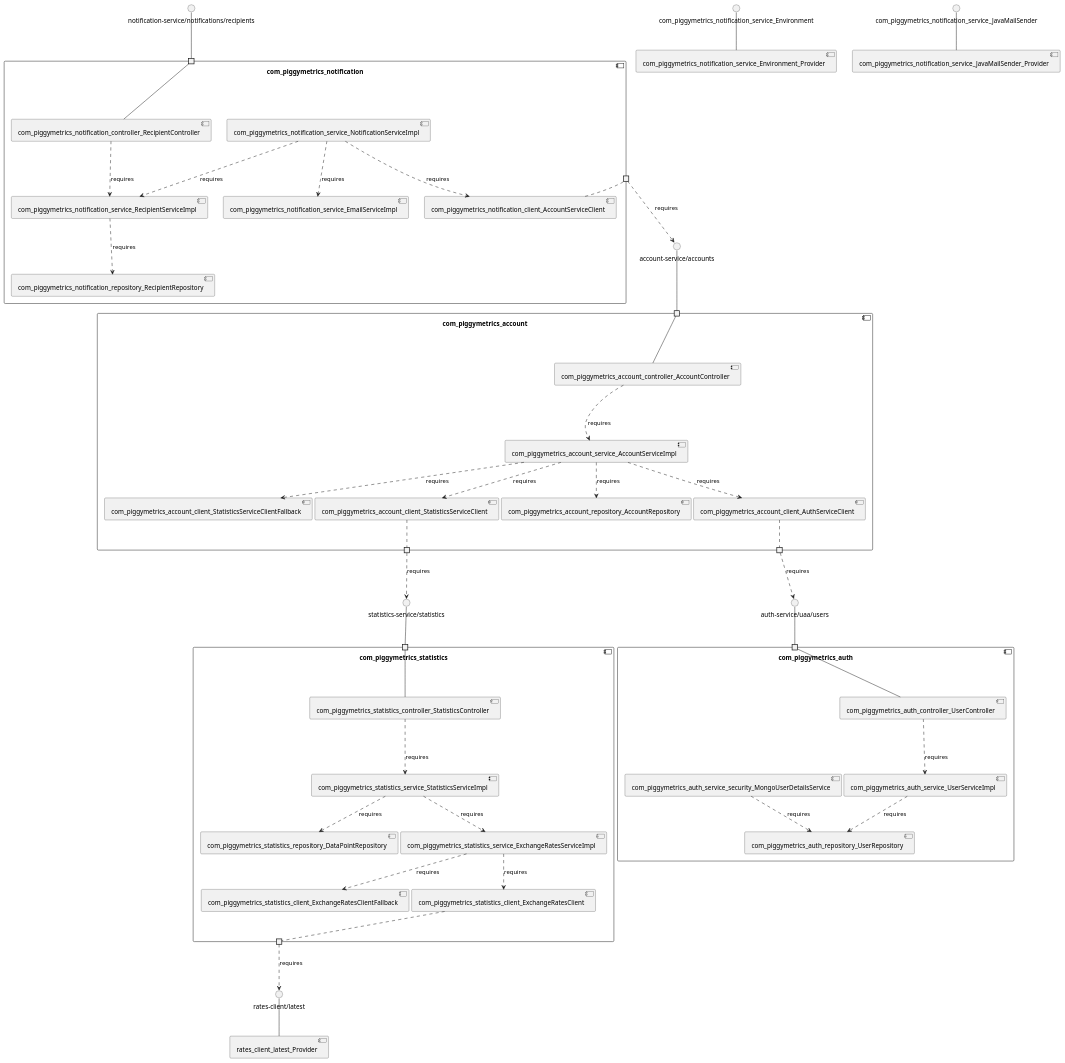
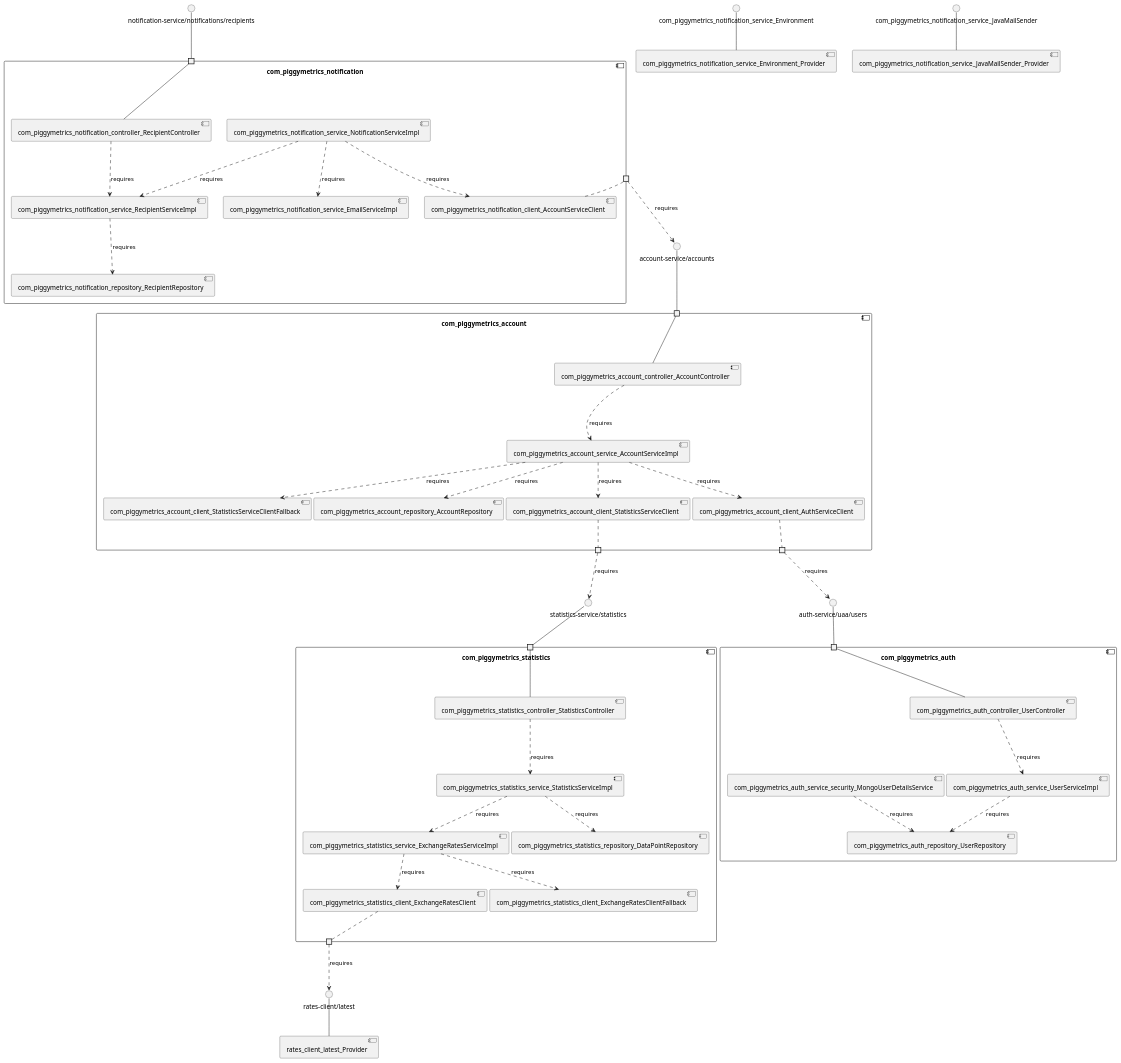
The diagram in sqshq-piggymetrics/model_re/uml/componentDiagram.puml (MSt-10/Palladio-ReverseEngineering-Benchmark), drawn with PlantUML before and after one commit. The commit also changed other lines of this file and 279 other files, not shown here.

```diff
--- a/sqshq-piggymetrics/model_re/uml/componentDiagram.puml
+++ b/sqshq-piggymetrics/model_re/uml/componentDiagram.puml
@@ -1,91 +1,91 @@
 @startuml
 skinparam fixCircleLabelOverlapping true
 skinparam componentStyle uml2
 component "com_piggymetrics_account\n\n\n\n\n\n" {
+[com_piggymetrics_account_controller_AccountController]
+[com_piggymetrics_account_service_AccountServiceImpl]
+[com_piggymetrics_account_client_StatisticsServiceClient]
 [com_piggymetrics_account_client_AuthServiceClient]
+[com_piggymetrics_account_client_StatisticsServiceClientFallback]
 [com_piggymetrics_account_repository_AccountRepository]
-[com_piggymetrics_account_client_StatisticsServiceClient]
-[com_piggymetrics_account_controller_AccountController]
-[com_piggymetrics_account_client_StatisticsServiceClientFallback]
-[com_piggymetrics_account_service_AccountServiceImpl]
 portin " " as com_piggymetrics_account_requires_account_service_accounts
 portout " " as com_piggymetrics_account_provides_statistics_service_statistics
 portout " " as com_piggymetrics_account_provides_auth_service_uaa_users
+[com_piggymetrics_account_controller_AccountController]..>[com_piggymetrics_account_service_AccountServiceImpl] : requires
 [com_piggymetrics_account_service_AccountServiceImpl]..>[com_piggymetrics_account_repository_AccountRepository] : requires
+[com_piggymetrics_account_service_AccountServiceImpl]..>[com_piggymetrics_account_client_StatisticsServiceClient] : requires
+[com_piggymetrics_account_service_AccountServiceImpl]..>[com_piggymetrics_account_client_AuthServiceClient] : requires
 [com_piggymetrics_account_service_AccountServiceImpl]..>[com_piggymetrics_account_client_StatisticsServiceClientFallback] : requires
-[com_piggymetrics_account_service_AccountServiceImpl]..>[com_piggymetrics_account_client_AuthServiceClient] : requires
-[com_piggymetrics_account_service_AccountServiceImpl]..>[com_piggymetrics_account_client_StatisticsServiceClient] : requires
-[com_piggymetrics_account_controller_AccountController]..>[com_piggymetrics_account_service_AccountServiceImpl] : requires
 "com_piggymetrics_account_requires_account_service_accounts"--[com_piggymetrics_account_controller_AccountController]
 [com_piggymetrics_account_client_AuthServiceClient].."com_piggymetrics_account_provides_auth_service_uaa_users"
 [com_piggymetrics_account_client_StatisticsServiceClient].."com_piggymetrics_account_provides_statistics_service_statistics"
 }
 interface "account-service/accounts" as interface.account_service_accounts
 interface.account_service_accounts--"com_piggymetrics_account_requires_account_service_accounts"
 interface "auth-service/uaa/users" as interface.auth_service_uaa_users
 "com_piggymetrics_account_provides_auth_service_uaa_users"..>interface.auth_service_uaa_users : requires
 interface "statistics-service/statistics" as interface.statistics_service_statistics
 "com_piggymetrics_account_provides_statistics_service_statistics"..>interface.statistics_service_statistics : requires
 component "com_piggymetrics_auth\n\n\n\n\n\n" {
+[com_piggymetrics_auth_repository_UserRepository]
+[com_piggymetrics_auth_controller_UserController]
 [com_piggymetrics_auth_service_security_MongoUserDetailsService]
-[com_piggymetrics_auth_controller_UserController]
-[com_piggymetrics_auth_repository_UserRepository]
 [com_piggymetrics_auth_service_UserServiceImpl]
 portin " " as com_piggymetrics_auth_requires_auth_service_uaa_users
-[com_piggymetrics_auth_controller_UserController]..>[com_piggymetrics_auth_service_UserServiceImpl] : requires
 [com_piggymetrics_auth_service_security_MongoUserDetailsService]..>[com_piggymetrics_auth_repository_UserRepository] : requires
 [com_piggymetrics_auth_service_UserServiceImpl]..>[com_piggymetrics_auth_repository_UserRepository] : requires
+[com_piggymetrics_auth_controller_UserController]..>[com_piggymetrics_auth_service_UserServiceImpl] : requires
 "com_piggymetrics_auth_requires_auth_service_uaa_users"--[com_piggymetrics_auth_controller_UserController]
 }
 interface "auth-service/uaa/users" as interface.auth_service_uaa_users
 interface.auth_service_uaa_users--"com_piggymetrics_auth_requires_auth_service_uaa_users"
 component "com_piggymetrics_notification\n\n\n\n\n\n" {
+[com_piggymetrics_notification_service_EmailServiceImpl]
 [com_piggymetrics_notification_controller_RecipientController]
 [com_piggymetrics_notification_client_AccountServiceClient]
 [com_piggymetrics_notification_repository_RecipientRepository]
-[com_piggymetrics_notification_service_EmailServiceImpl]
 [com_piggymetrics_notification_service_RecipientServiceImpl]
 [com_piggymetrics_notification_service_NotificationServiceImpl]
 portin " " as com_piggymetrics_notification_requires_notification_service_notifications_recipients
 portout " " as com_piggymetrics_notification_provides_account_service_accounts
+[com_piggymetrics_notification_service_RecipientServiceImpl]..>[com_piggymetrics_notification_repository_RecipientRepository] : requires
+[com_piggymetrics_notification_controller_RecipientController]..>[com_piggymetrics_notification_service_RecipientServiceImpl] : requires
+[com_piggymetrics_notification_service_NotificationServiceImpl]..>[com_piggymetrics_notification_service_EmailServiceImpl] : requires
+[com_piggymetrics_notification_service_NotificationServiceImpl]..>[com_piggymetrics_notification_client_AccountServiceClient] : requires
 [com_piggymetrics_notification_service_NotificationServiceImpl]..>[com_piggymetrics_notification_service_RecipientServiceImpl] : requires
-[com_piggymetrics_notification_service_RecipientServiceImpl]..>[com_piggymetrics_notification_repository_RecipientRepository] : requires
-[com_piggymetrics_notification_service_NotificationServiceImpl]..>[com_piggymetrics_notification_service_EmailServiceImpl] : requires
-[com_piggymetrics_notification_controller_RecipientController]..>[com_piggymetrics_notification_service_RecipientServiceImpl] : requires
-[com_piggymetrics_notification_service_NotificationServiceImpl]..>[com_piggymetrics_notification_client_AccountServiceClient] : requires
 "com_piggymetrics_notification_requires_notification_service_notifications_recipients"--[com_piggymetrics_notification_controller_RecipientController]
 [com_piggymetrics_notification_client_AccountServiceClient].."com_piggymetrics_notification_provides_account_service_accounts"
 }
 interface "notification-service/notifications/recipients" as interface.notification_service_notifications_recipients
 interface.notification_service_notifications_recipients--"com_piggymetrics_notification_requires_notification_service_notifications_recipients"
 interface "account-service/accounts" as interface.account_service_accounts
 "com_piggymetrics_notification_provides_account_service_accounts"..>interface.account_service_accounts : requires
 component "com_piggymetrics_statistics\n\n\n\n\n\n" {
+[com_piggymetrics_statistics_controller_StatisticsController]
+[com_piggymetrics_statistics_client_ExchangeRatesClient]
 [com_piggymetrics_statistics_service_StatisticsServiceImpl]
-[com_piggymetrics_statistics_client_ExchangeRatesClient]
+[com_piggymetrics_statistics_client_ExchangeRatesClientFallback]
 [com_piggymetrics_statistics_service_ExchangeRatesServiceImpl]
 [com_piggymetrics_statistics_repository_DataPointRepository]
-[com_piggymetrics_statistics_client_ExchangeRatesClientFallback]
-[com_piggymetrics_statistics_controller_StatisticsController]
 portin " " as com_piggymetrics_statistics_requires_statistics_service_statistics
 portout " " as com_piggymetrics_statistics_provides_rates_client_latest
 [com_piggymetrics_statistics_service_ExchangeRatesServiceImpl]..>[com_piggymetrics_statistics_client_ExchangeRatesClient] : requires
 [com_piggymetrics_statistics_service_StatisticsServiceImpl]..>[com_piggymetrics_statistics_service_ExchangeRatesServiceImpl] : requires
+[com_piggymetrics_statistics_service_ExchangeRatesServiceImpl]..>[com_piggymetrics_statistics_client_ExchangeRatesClientFallback] : requires
+[com_piggymetrics_statistics_service_StatisticsServiceImpl]..>[com_piggymetrics_statistics_repository_DataPointRepository] : requires
 [com_piggymetrics_statistics_controller_StatisticsController]..>[com_piggymetrics_statistics_service_StatisticsServiceImpl] : requires
-[com_piggymetrics_statistics_service_StatisticsServiceImpl]..>[com_piggymetrics_statistics_repository_DataPointRepository] : requires
-[com_piggymetrics_statistics_service_ExchangeRatesServiceImpl]..>[com_piggymetrics_statistics_client_ExchangeRatesClientFallback] : requires
 "com_piggymetrics_statistics_requires_statistics_service_statistics"--[com_piggymetrics_statistics_controller_StatisticsController]
 [com_piggymetrics_statistics_client_ExchangeRatesClient].."com_piggymetrics_statistics_provides_rates_client_latest"
 }
 interface "statistics-service/statistics" as interface.statistics_service_statistics
 interface.statistics_service_statistics--"com_piggymetrics_statistics_requires_statistics_service_statistics"
 interface "rates-client/latest" as interface.rates_client_latest
 "com_piggymetrics_statistics_provides_rates_client_latest"..>interface.rates_client_latest : requires
 interface "com_piggymetrics_notification_service_Environment" as interface.com_piggymetrics_notification_service_Environment
 interface.com_piggymetrics_notification_service_Environment--[com_piggymetrics_notification_service_Environment_Provider]
 interface "com_piggymetrics_notification_service_JavaMailSender" as interface.com_piggymetrics_notification_service_JavaMailSender
 interface.com_piggymetrics_notification_service_JavaMailSender--[com_piggymetrics_notification_service_JavaMailSender_Provider]
 interface "rates-client/latest" as interface.rates_client_latest
 interface.rates_client_latest--[rates_client_latest_Provider]
 
 @enduml
```
